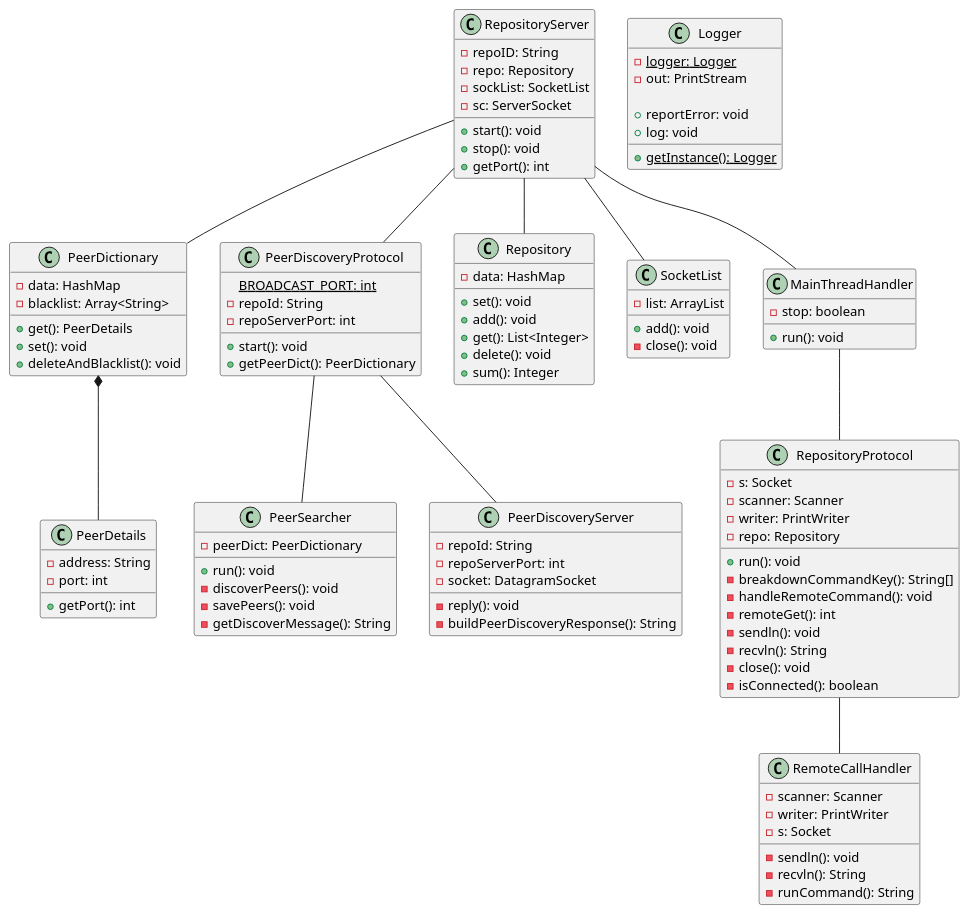
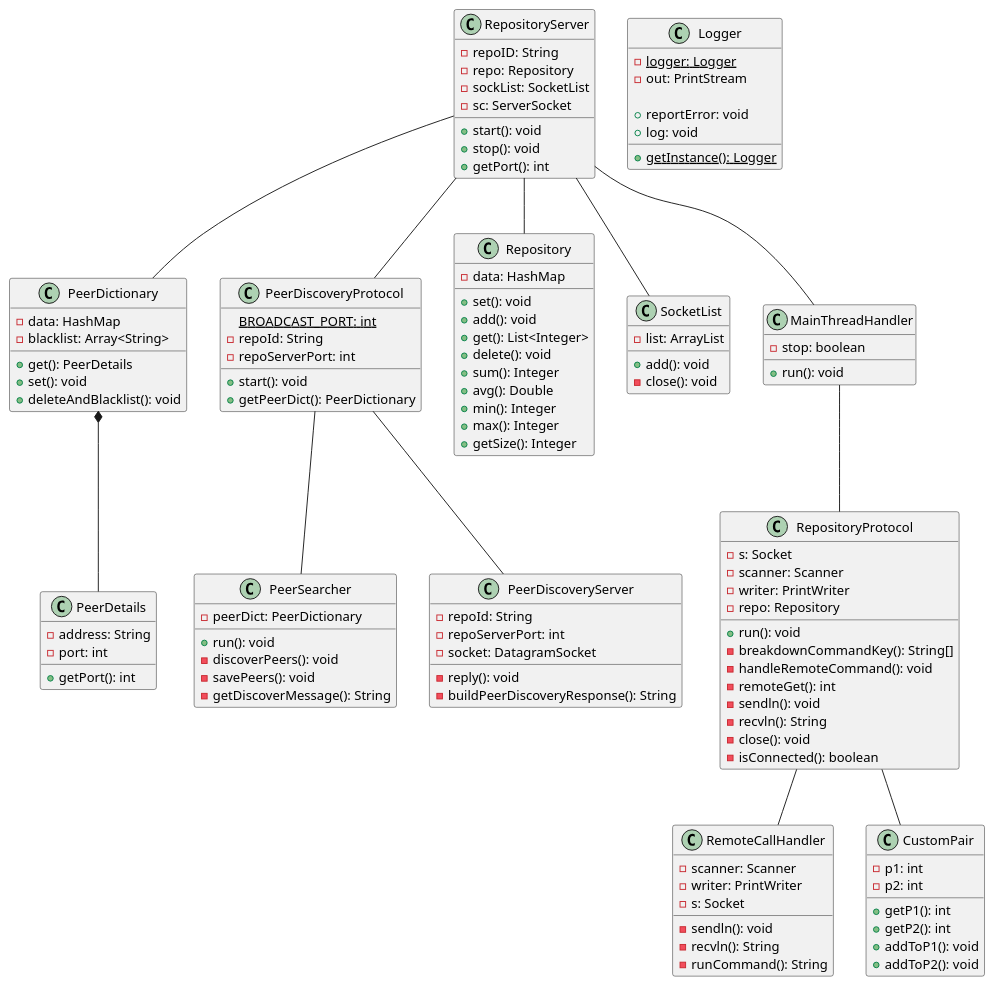
The diagram in assignment-1/src/com/assignment1/class-diagram.puml (jamestjw/comp6231-s22), drawn with PlantUML before and after one commit. The commit also changed 2 other files, not shown here.

Commit message:
Introduce DAVG,AVG,MIN,MAX and Update UML

```diff
--- a/assignment-1/src/com/assignment1/class-diagram.puml
+++ b/assignment-1/src/com/assignment1/class-diagram.puml
@@ -1,129 +1,146 @@
 @startuml Assignment 1 class diagram
 class PeerDetails {
     - address: String
     - port: int
     
     + getPort(): int
 }
 
 class PeerDictionary {
     - data: HashMap
     - blacklist: Array<String>
 
     + get(): PeerDetails
     + set(): void
     + deleteAndBlacklist(): void
 }
 
 PeerDictionary *-- PeerDetails
 
 class PeerSearcher {
     - peerDict: PeerDictionary
 
     + run(): void
     - discoverPeers(): void
     - savePeers(): void
     - getDiscoverMessage(): String
 }
 
 class PeerDiscoveryServer {
     - repoId: String
     - repoServerPort: int
     - socket: DatagramSocket
     
     - reply(): void
     - buildPeerDiscoveryResponse(): String
 }
 
 class PeerDiscoveryProtocol {
     {static} BROADCAST_PORT: int
     - repoId: String
     - repoServerPort: int
 
     + start(): void
     + getPeerDict(): PeerDictionary
 }
 
 PeerDiscoveryProtocol -- PeerDiscoveryServer
 PeerDiscoveryProtocol -- PeerSearcher
 
 class Repository {
     - data: HashMap
 
     + set(): void
     + add(): void
     + get(): List<Integer>
     + delete(): void
     + sum(): Integer
+    + avg(): Double
+    + min(): Integer
+    + max(): Integer
+    + getSize(): Integer
+
 }
 
 class SocketList {
     - list: ArrayList
 
     + add(): void
     ' TODO: Need this?
     - close(): void
 }
 
 class RepositoryProtocol {
     - s: Socket
     - scanner: Scanner
     - writer: PrintWriter
     - repo: Repository
 
     + run(): void
     - breakdownCommandKey(): String[]
     - handleRemoteCommand(): void
     - remoteGet(): int
     - sendln(): void
     - recvln(): String
     - close(): void
     - isConnected(): boolean
 }
 
 class RemoteCallHandler {
     - scanner: Scanner
     - writer: PrintWriter
     - s: Socket
 
     - sendln(): void
     - recvln(): String
     - runCommand(): String
 }
 
 RepositoryProtocol -- RemoteCallHandler
 
+class CustomPair{
+    - p1: int
+    - p2: int
+
+    + getP1(): int
+    + getP2(): int
+    + addToP1(): void
+    + addToP2(): void
+}
+
+RepositoryProtocol -- CustomPair
+
 class MainThreadHandler {
     - stop: boolean
     + run(): void
 }
 
 MainThreadHandler -- RepositoryProtocol
 
 class RepositoryServer {
     - repoID: String
     - repo: Repository
     - sockList: SocketList
     - sc: ServerSocket
  
     + start(): void
     + stop(): void
     + getPort(): int
 }
 
 RepositoryServer -- PeerDiscoveryProtocol
 RepositoryServer -- PeerDictionary
 RepositoryServer -- Repository
 RepositoryServer -- SocketList
 RepositoryServer -- MainThreadHandler
 
 class Logger {
     - {static} logger: Logger
     - out: PrintStream
 
     + {static} getInstance(): Logger
     + reportError: void
     + log: void
 }
 
 @enduml
```
